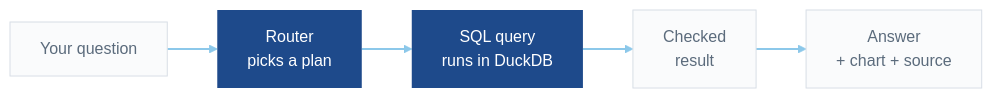
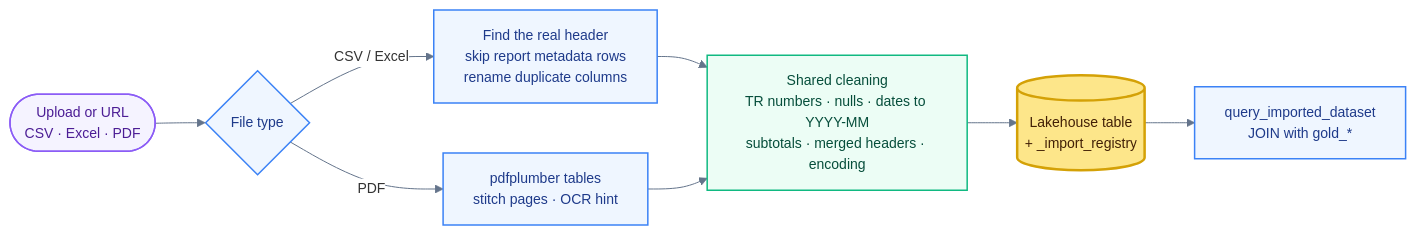
One commit to berataydemirr/albert-long-nodes-kkb-hackathon changed the fourth of 4 diagrams in README.md. Above: the diagram before and after it, drawn with Mermaid. The commit also changed other lines of this file, not shown here.

Commit message:
Rewrite README with tested setup steps, troubleshooting and clearer diagrams

````diff
--- a/README.md
+++ b/README.md
@@ -100,17 +353,21 @@
 ```mermaid
-graph LR
-  classDef lane fill:#fafbfc,stroke:#d8dee6,stroke-width:1px,color:#5b6b7c
-  classDef core fill:#1e4a8b,stroke:#1e4a8b,stroke-width:0px,color:#ffffff
+%%{init: {"theme": "base", "themeVariables": {"fontFamily": "Segoe UI, Helvetica, Arial, sans-serif", "fontSize": "14px", "lineColor": "#64748b", "edgeLabelBackground": "#ffffff"}}}%%
+flowchart LR
+  classDef io    fill:#f5f3ff,stroke:#8b5cf6,stroke-width:1.5px,color:#4c1d95
+  classDef step  fill:#eff6ff,stroke:#3b82f6,stroke-width:1.5px,color:#1e3a8a
+  classDef clean fill:#ecfdf5,stroke:#10b981,stroke-width:1.5px,color:#064e3b
+  classDef gold  fill:#fde68a,stroke:#d4a106,stroke-width:2.5px,color:#422006
 
-  F1["Your question"]
-  F2["Router<br/>picks a plan"]
-  F3["SQL query<br/>runs in DuckDB"]
-  F4["Checked<br/>result"]
-  F5["Answer<br/>+ chart + source"]
+  f(["Upload or URL<br/>CSV · Excel · PDF"]):::io
+  k{"File type"}:::step
+  h["Find the real header<br/>skip report metadata rows<br/>rename duplicate columns"]:::step
+  p["pdfplumber tables<br/>stitch pages · OCR hint"]:::step
+  c["Shared cleaning<br/>TR numbers · nulls · dates to YYYY-MM<br/>subtotals · merged headers · encoding"]:::clean
+  w[("Lakehouse table<br/>+ _import_registry")]:::gold
+  q["query_imported_dataset<br/>JOIN with gold_*"]:::step
 
-  F1 --> F2 --> F3 --> F4 --> F5
-
-  class F1,F4,F5 lane
-  class F2,F3 core
-  linkStyle default stroke:#8cc8ea,stroke-width:2px
+  f --> k
+  k -- "CSV / Excel" --> h --> c
+  k -- "PDF" --> p --> c
+  c --> w --> q
 ```
````
